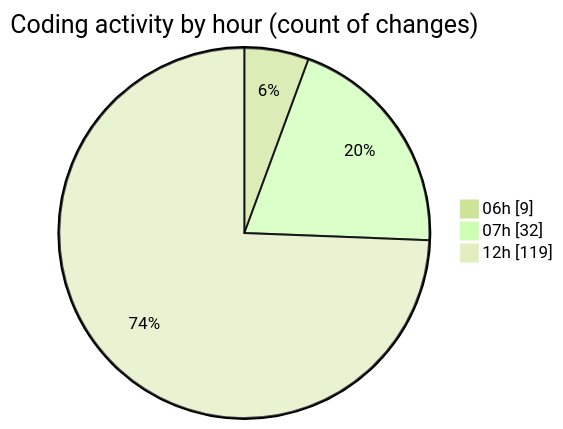
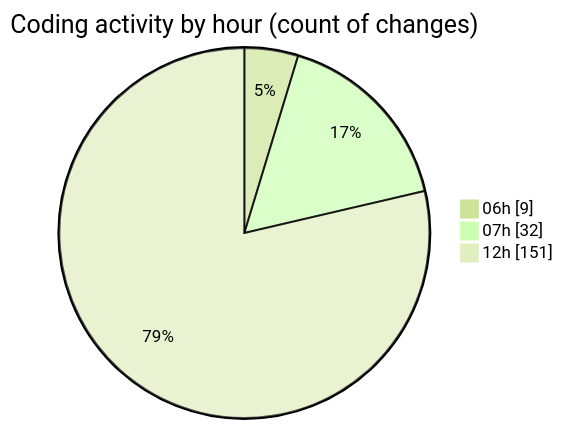
Before and after one commit to robertbonfada/code-tracking: the second of 2 diagrams in 2025-02-18/mbc-web/README.md, drawn with Mermaid (forest theme). The commit also changed other lines of this file and 1 other file, not shown here.

````diff
--- a/2025-02-18/mbc-web/README.md
+++ b/2025-02-18/mbc-web/README.md
@@ -106,7 +125,7 @@
 ```mermaid
 pie showData
 title Coding activity by hour (count of changes)
 "06h" : 9
 "07h" : 32
-"12h" : 119
+"12h" : 151
 ```
````
